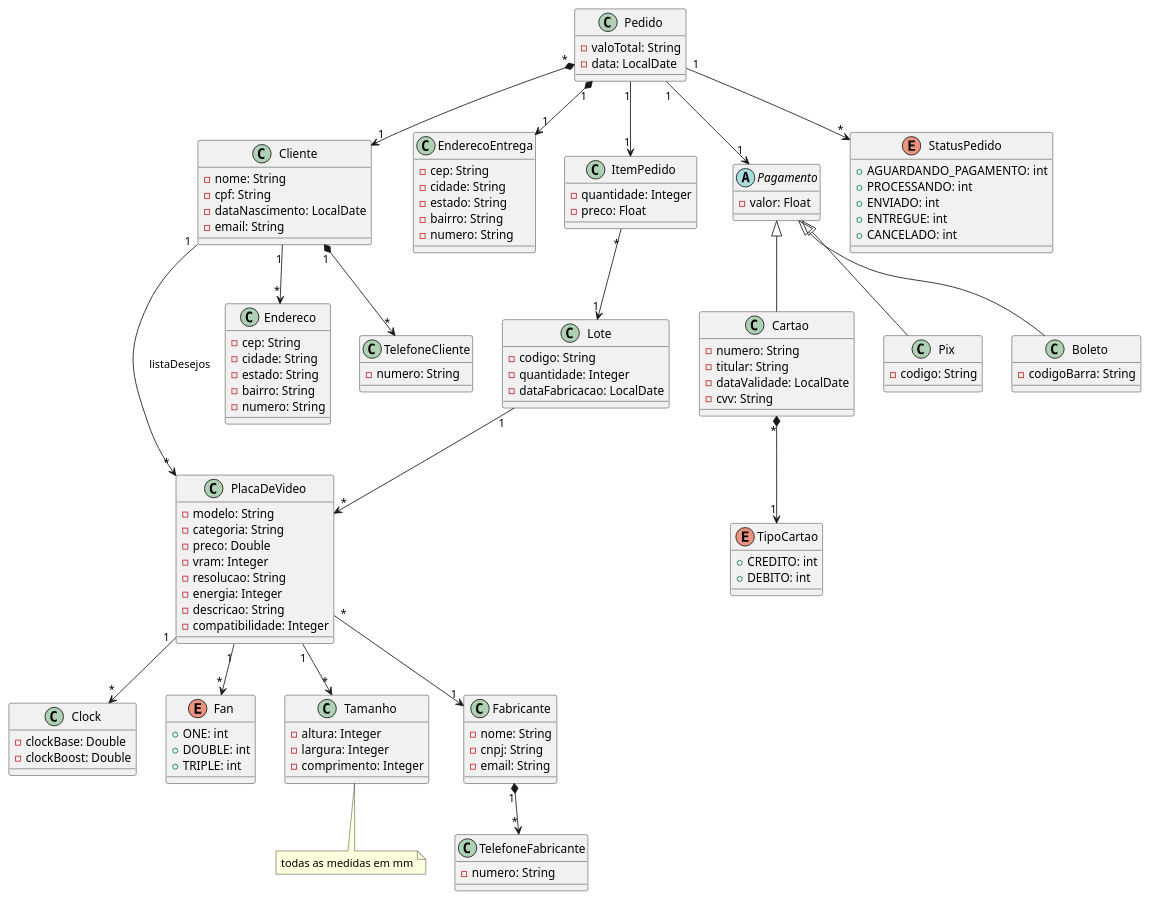
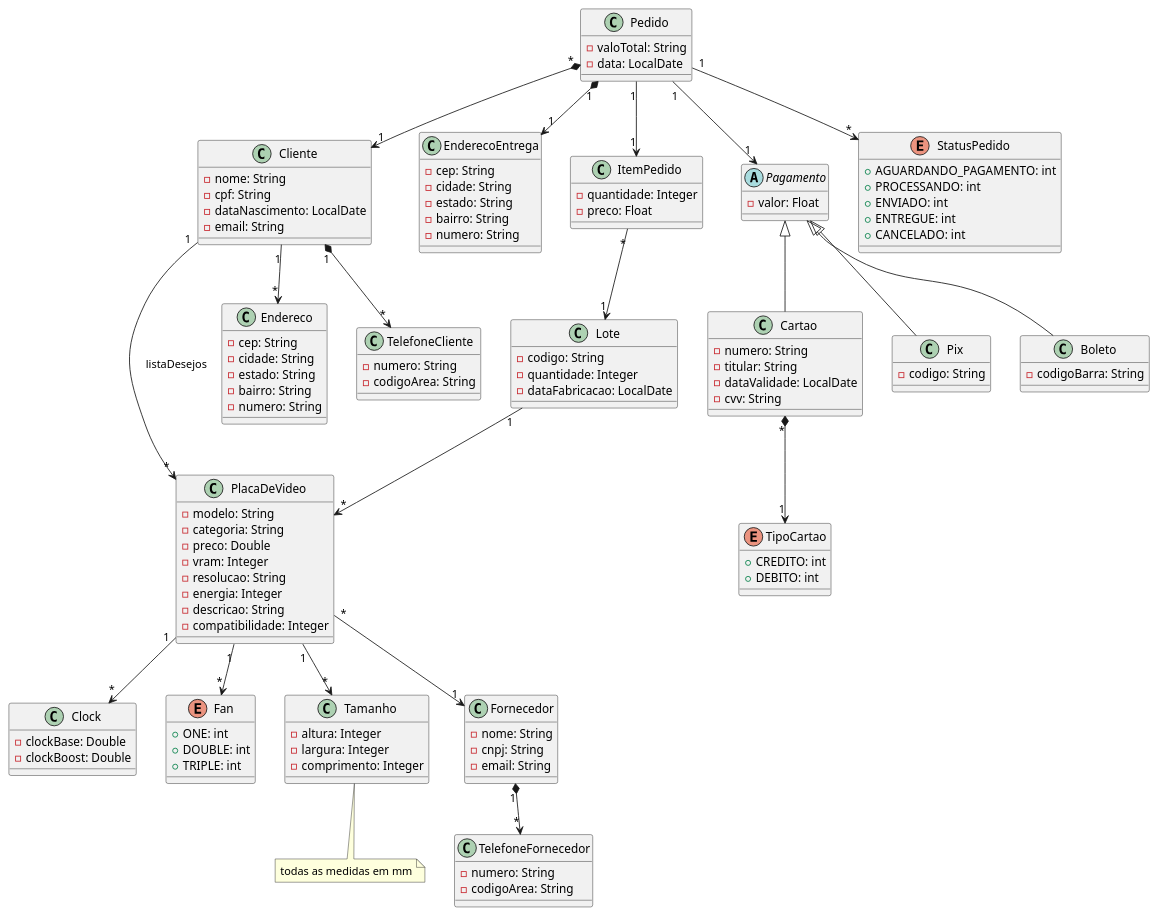
One commit to aleksoncastro/placadevideo-tp1-quarkus changed the diagram in placadevideo-tp1-quarkus/src/main/java/br/unitins/tp1/placadevideo/PlacaDeVideo.plantuml. Above: the diagram before and after it, drawn with PlantUML. The commit also changed 54 other files, not shown here.

```diff
--- a/placadevideo-tp1-quarkus/src/main/java/br/unitins/tp1/placadevideo/PlacaDeVideo.plantuml
+++ b/placadevideo-tp1-quarkus/src/main/java/br/unitins/tp1/placadevideo/PlacaDeVideo.plantuml
@@ -1,146 +1,148 @@
 @startuml
 
 class PlacaDeVideo{
     - modelo: String
     - categoria: String
     - preco: Double
     - vram: Integer
     - resolucao: String
     - energia: Integer
     - descricao: String
     - compatibilidade: Integer
 }
 
 class Clock{
     - clockBase: Double
     - clockBoost: Double
 }
 
 enum Fan{
     + ONE: int
     + DOUBLE: int 
     + TRIPLE: int
 }
 
 class Tamanho{
     - altura: Integer
     - largura: Integer
     - comprimento: Integer
 }
 
-class Fabricante{
+class Fornecedor{
     - nome: String
     - cnpj: String
     - email: String
 }
 
 class Cliente{
     - nome: String
     - cpf: String
     - dataNascimento: LocalDate
     - email: String 
 }
 
 class Endereco{
     - cep: String
     - cidade: String
     - estado: String
     - bairro: String
     - numero: String
 }
 
 class EnderecoEntrega{
     - cep: String
     - cidade: String
     - estado: String
     - bairro: String
     - numero: String
 }
 
 class Lote {
     - codigo: String
     - quantidade: Integer
     - dataFabricacao: LocalDate
 }
 
 class ItemPedido{
     - quantidade: Integer
     - preco: Float
 }
 
 class Pedido{
     - valoTotal: String
     - data: LocalDate
 }
 
 class Cartao extends Pagamento {
     - numero: String
     - titular: String
     - dataValidade: LocalDate
     - cvv: String
 }
 
 class Pix extends Pagamento {
     - codigo: String
 }
 
 class Boleto extends Pagamento {
     - codigoBarra: String
 }
 
 enum TipoCartao {
     + CREDITO: int
     + DEBITO: int
 }
 
 abstract class Pagamento{
     - valor: Float
 }
 
 enum StatusPedido{
     + AGUARDANDO_PAGAMENTO: int
     + PROCESSANDO: int
     + ENVIADO: int
     + ENTREGUE: int
     + CANCELADO: int 
 }
 
 class TelefoneCliente{
     - numero: String
+    - codigoArea: String
 }
 
-class TelefoneFabricante{
+class TelefoneFornecedor{
     - numero: String 
+    - codigoArea: String
 }
 
 ' RELACIONAMENTOS
-PlacaDeVideo "*" --> "1" Fabricante
+PlacaDeVideo "*" --> "1" Fornecedor
 PlacaDeVideo "1" --> "*" Tamanho
 PlacaDeVideo "1" --> "*" Fan
 PlacaDeVideo "1" --> "*" Clock
 
 Lote "1" --> "*" PlacaDeVideo 
 
-Fabricante "1" *--> "*" TelefoneFabricante
+Fornecedor "1" *--> "*" TelefoneFornecedor
 
 ItemPedido "*" --> "1" Lote
 
 Cliente "1" --> "*" Endereco
 Cliente "1" --> "*" PlacaDeVideo : listaDesejos
 Cliente "1" *--> "*" TelefoneCliente
 
 Pedido "1" --> "1" ItemPedido
 Pedido "1" *--> "1" EnderecoEntrega
 Pedido "*" *--> "1" Cliente
 Pedido "1" --> "1" Pagamento
 Pedido "1" --> "*" StatusPedido
 
 Cartao "*" *--> "1" TipoCartao
 
 ' ANOTACOES
 
 note bottom of Tamanho: todas as medidas em mm
 
 
 
 @enduml
```
